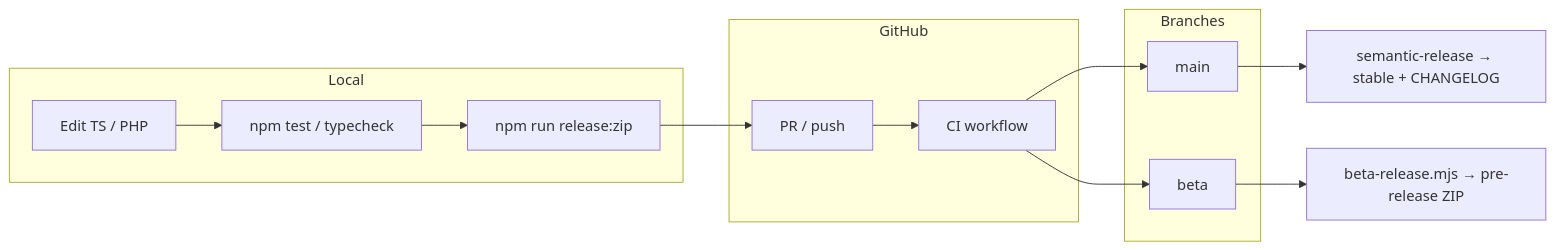
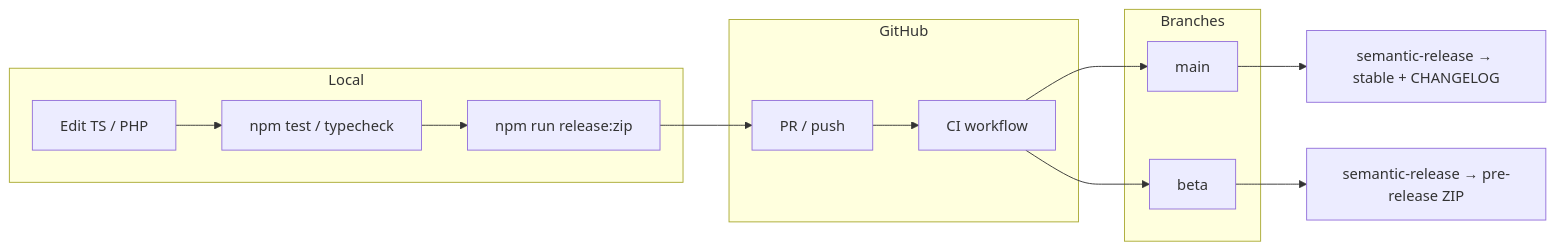
The second of 2 diagrams in README.md (spid3r/loxberry-api-abfall-io), drawn with Mermaid before and after one commit. The commit also changed other lines of this file and 11 other files, not shown here.

First line of the commit message:
refactor(release): migrate beta lane to semantic-release pre-release branch

````diff
--- a/README.md
+++ b/README.md
@@ -200,21 +200,21 @@
 ```mermaid
 flowchart LR
   subgraph Local["Local"]
     E[Edit TS / PHP]
     T["npm test / typecheck"]
     Z["npm run release:zip"]
   end
   subgraph GitHub["GitHub"]
     PR[PR / push]
     CI[CI workflow]
   end
   subgraph Branches["Branches"]
     M[main]
     B[beta]
   end
   E --> T --> Z --> PR --> CI
   CI --> M
   CI --> B
   M --> SR["semantic-release → stable + CHANGELOG"]
-  B --> BR["beta-release.mjs → pre-release ZIP"]
+  B --> BR["semantic-release → pre-release ZIP"]
 ```
````
